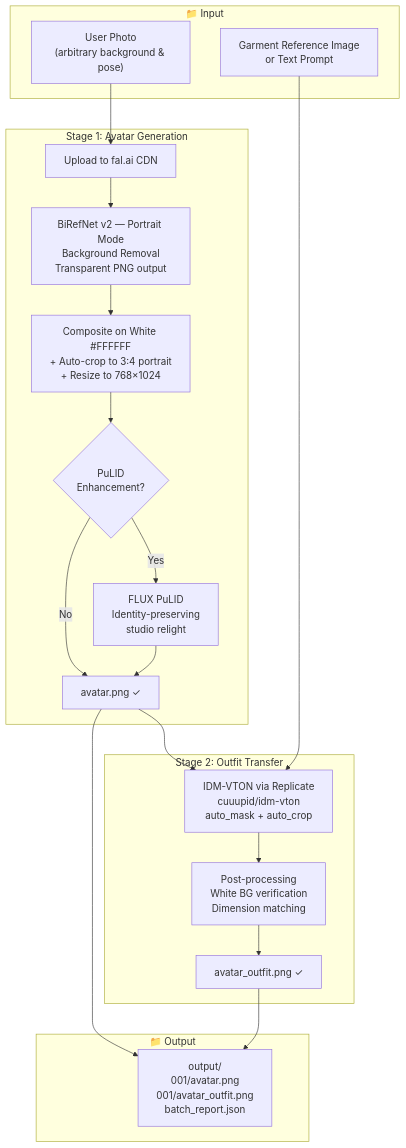
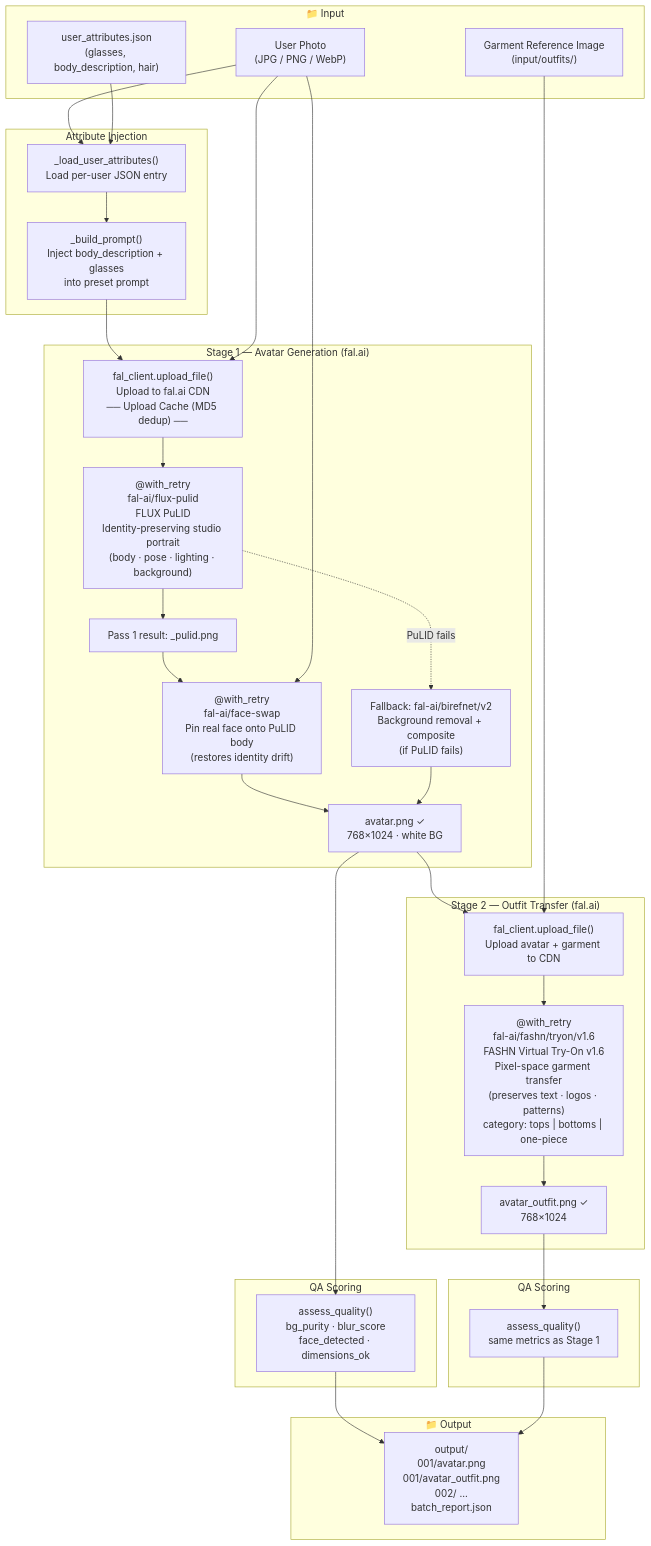
The diagram in docs/pipeline.mermaid (kostiantynkovalchuk/zeely-avatar-pipeline), drawn with Mermaid before and after one commit. The commit also changed 35 other files, not shown here.

First line of the commit message:
Update avatar generation pipeline with new models and features

```diff
--- a/docs/pipeline.mermaid
+++ b/docs/pipeline.mermaid
@@ -1,38 +1,60 @@
 flowchart TD
     subgraph INPUT["📁 Input"]
-        A["User Photo\n(arbitrary background & pose)"]
-        G["Garment Reference Image\nor Text Prompt"]
+        A["User Photo\n(JPG / PNG / WebP)"]
+        B["user_attributes.json\n(glasses, body_description, hair)"]
+        G["Garment Reference Image\n(input/outfits/)"]
     end
 
-    subgraph STEP1["Stage 1: Avatar Generation"]
-        B["Upload to fal.ai CDN"]
-        C["BiRefNet v2 — Portrait Mode\nBackground Removal\nTransparent PNG output"]
-        D["Composite on White #FFFFFF\n+ Auto-crop to 3:4 portrait\n+ Resize to 768×1024"]
-        E{"PuLID\nEnhancement?"}
-        F["FLUX PuLID\nIdentity-preserving\nstudio relight"]
-        H["avatar.png ✓"]
+    subgraph ATTRS["Attribute Injection"]
+        C["_load_user_attributes()\nLoad per-user JSON entry"]
+        D["_build_prompt()\nInject body_description + glasses\ninto preset prompt"]
     end
 
-    subgraph STEP2["Stage 2: Outfit Transfer"]
-        I["IDM-VTON via Replicate\ncuuupid/idm-vton\nauto_mask + auto_crop"]
-        J["Post-processing\nWhite BG verification\nDimension matching"]
-        K["avatar_outfit.png ✓"]
+    subgraph STAGE1["Stage 1 — Avatar Generation  (fal.ai)"]
+        E["fal_client.upload_file()\nUpload to fal.ai CDN\n── Upload Cache (MD5 dedup) ──"]
+        F["@with_retry\nfal-ai/flux-pulid\nFLUX PuLID\nIdentity-preserving studio portrait\n(body · pose · lighting · background)"]
+        FQ["Pass 1 result: _pulid.png"]
+        FS["@with_retry\nfal-ai/face-swap\nPin real face onto PuLID body\n(restores identity drift)"]
+        H["avatar.png ✓\n768×1024 · white BG"]
+        FB["Fallback: fal-ai/birefnet/v2\nBackground removal + composite\n(if PuLID fails)"]
+    end
+
+    subgraph QA1["QA Scoring"]
+        QA["assess_quality()\nbg_purity · blur_score\nface_detected · dimensions_ok"]
+    end
+
+    subgraph STAGE2["Stage 2 — Outfit Transfer  (fal.ai)"]
+        I["fal_client.upload_file()\nUpload avatar + garment to CDN"]
+        J["@with_retry\nfal-ai/fashn/tryon/v1.6\nFASHN Virtual Try-On v1.6\nPixel-space garment transfer\n(preserves text · logos · patterns)\ncategory: tops | bottoms | one-piece"]
+        K["avatar_outfit.png ✓\n768×1024"]
+    end
+
+    subgraph QA2["QA Scoring"]
+        QAO["assess_quality()\nsame metrics as Stage 1"]
     end
 
     subgraph OUTPUT["📁 Output"]
-        L["output/\n  001/avatar.png\n  001/avatar_outfit.png\n  batch_report.json"]
+        L["output/\n  001/avatar.png\n  001/avatar_outfit.png\n  002/ ...\n  batch_report.json"]
     end
 
-    A --> B
+    A --> C
     B --> C
     C --> D
     D --> E
-    E -- Yes --> F
-    F --> H
-    E -- No --> H
+    A --> E
+    E --> F
+    F --> FQ
+    FQ --> FS
+    A --> FS
+    FS --> H
+    F -. PuLID fails .-> FB
+    FB --> H
+    H --> QA
+    QA --> L
+
     H --> I
     G --> I
     I --> J
     J --> K
-    K --> L
-    H --> L
+    K --> QAO
+    QAO --> L
```
